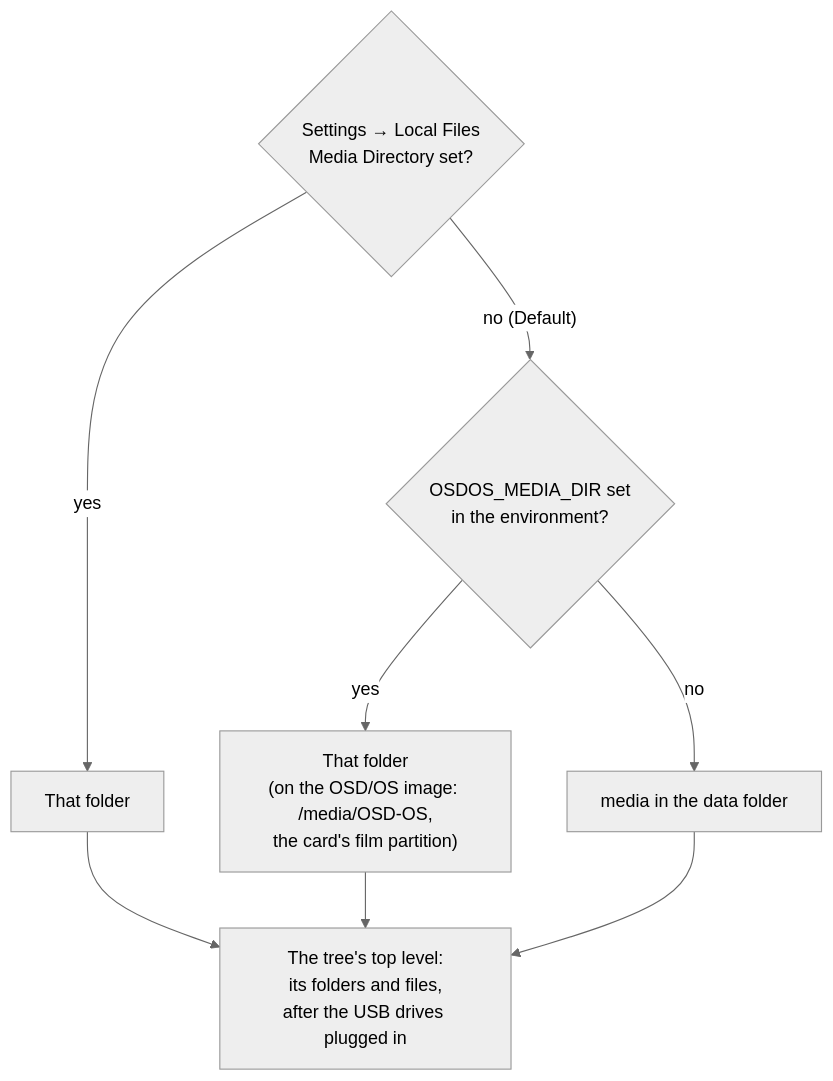
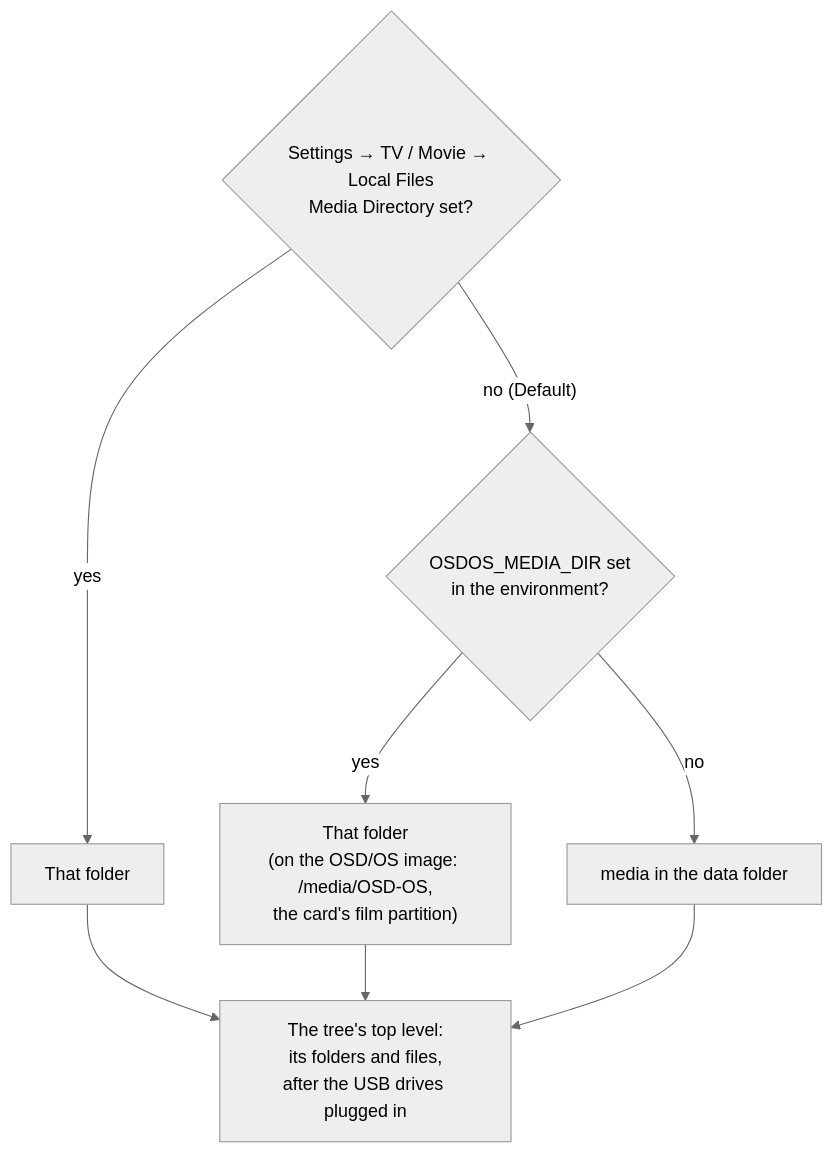
One commit to mehmetraif/OSD-OS changed the diagram in docs/wiki/Local-Files.md. Above: the diagram before and after it, drawn with Mermaid (neutral theme). The commit also changed other lines of this file and 53 other files, not shown here.

First line of the commit message:
feat: Settings in groups: TV / Movie, Arcade and General Settings

````diff
--- a/docs/wiki/Local-Files.md
+++ b/docs/wiki/Local-Files.md
@@ -27,10 +27,10 @@
 ```mermaid
 flowchart TD
-    A{"Settings → Local Files<br>Media Directory set?"} -- yes --> B["That folder"]
+    A{"Settings → TV / Movie → Local Files<br>Media Directory set?"} -- yes --> B["That folder"]
     A -- "no (Default)" --> C{"OSDOS_MEDIA_DIR set<br>in the environment?"}
     C -- yes --> D["That folder<br>(on the OSD/OS image: /media/OSD-OS,<br>the card's film partition)"]
     C -- no --> E["media in the data folder"]
     B --> F["The tree's top level:<br>its folders and files,<br>after the USB drives plugged in"]
     D --> F
     E --> F
 ```
````
